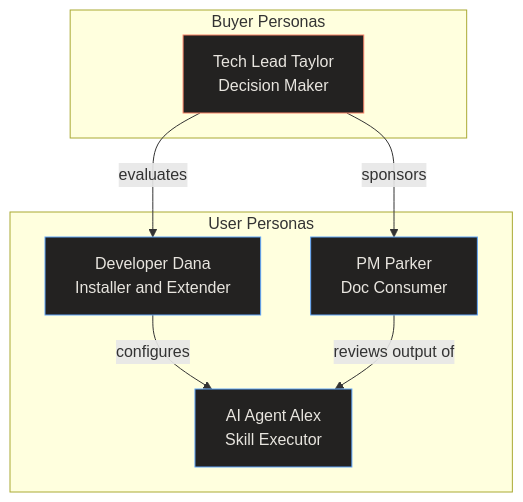
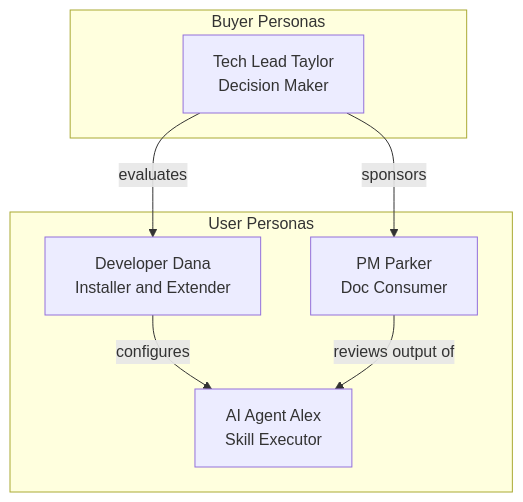
Before and after one commit to relukdev/doc-kit: the diagram in astro-site/src/content/docs/personas/index.md, drawn with Mermaid. The commit also changed 48 other files, not shown here.

First line of the commit message:
fix: remove hard-coded Mermaid dark-mode colors, use native themes for light/dark

````diff
--- a/astro-site/src/content/docs/personas/index.md
+++ b/astro-site/src/content/docs/personas/index.md
@@ -20,22 +20,18 @@
 ```mermaid
 graph TB
-    style BP1 fill:#232221,stroke:#f78166,color:#E8E5DF
-    style UP1 fill:#232221,stroke:#60A5FA,color:#E8E5DF
-    style UP2 fill:#232221,stroke:#60A5FA,color:#E8E5DF
-    style UP3 fill:#232221,stroke:#60A5FA,color:#E8E5DF
 
     subgraph Buyers["Buyer Personas"]
         BP1["Tech Lead Taylor\nDecision Maker"]
     end
 
     subgraph Users["User Personas"]
         UP1["AI Agent Alex\nSkill Executor"]
         UP2["Developer Dana\nInstaller and Extender"]
         UP3["PM Parker\nDoc Consumer"]
     end
 
     BP1 -->|"evaluates"| UP2
     BP1 -->|"sponsors"| UP3
     UP2 -->|"configures"| UP1
     UP3 -->|"reviews output of"| UP1
 ```
````
